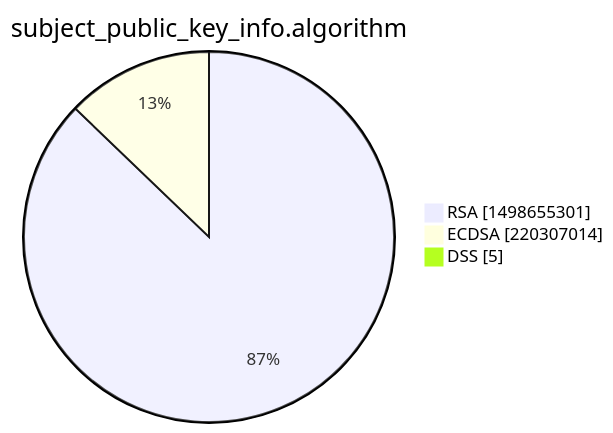
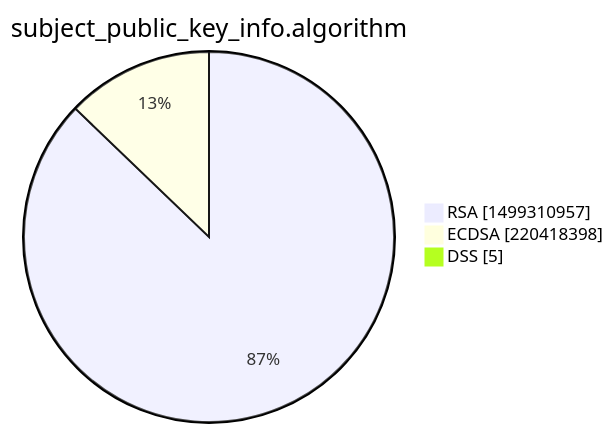
Before and after one commit to christiankrug/ctmonitor_visualization: the third of 15 diagrams in xenon2022/README.md, drawn with Mermaid. The commit also changed other lines of this file, not shown here.

````diff
--- a/xenon2022/README.md
+++ b/xenon2022/README.md
@@ -14,7 +14,7 @@
 ```mermaid
 pie showData
 title subject_public_key_info.algorithm
-"RSA" :1498655301
-"ECDSA" :220307014
+"RSA" :1499310957
+"ECDSA" :220418398
 "DSS" :5
 ```
````
